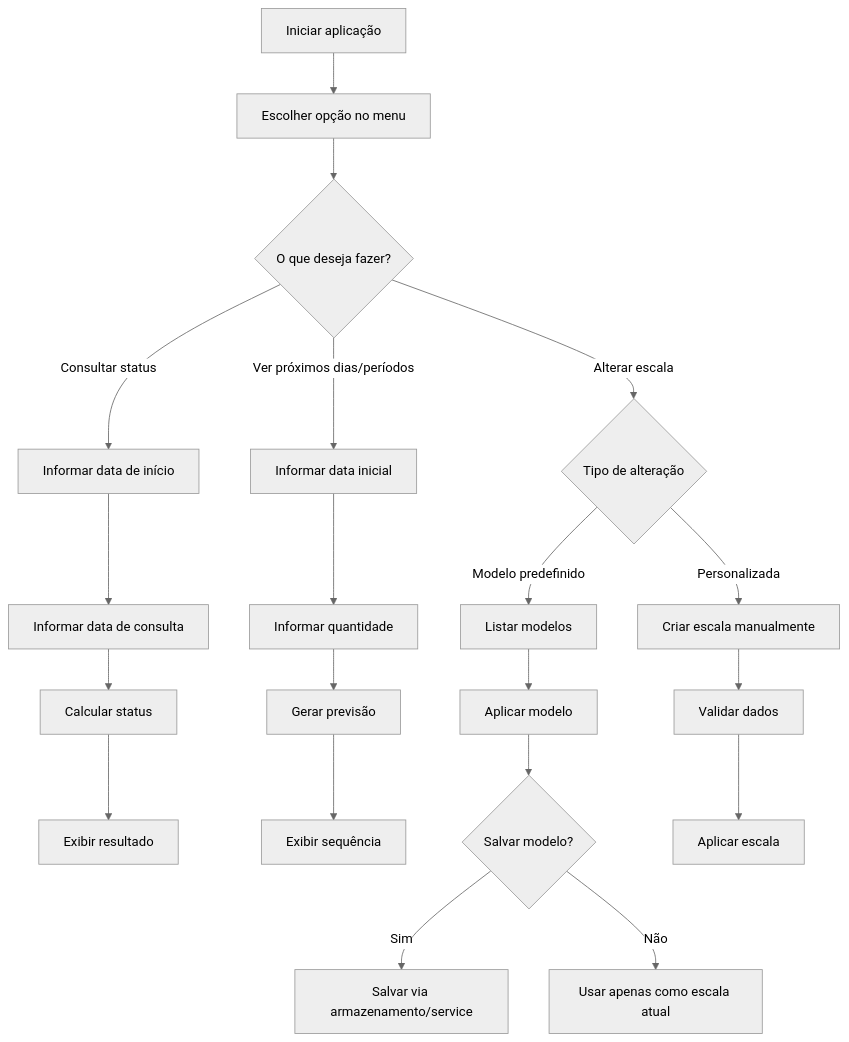
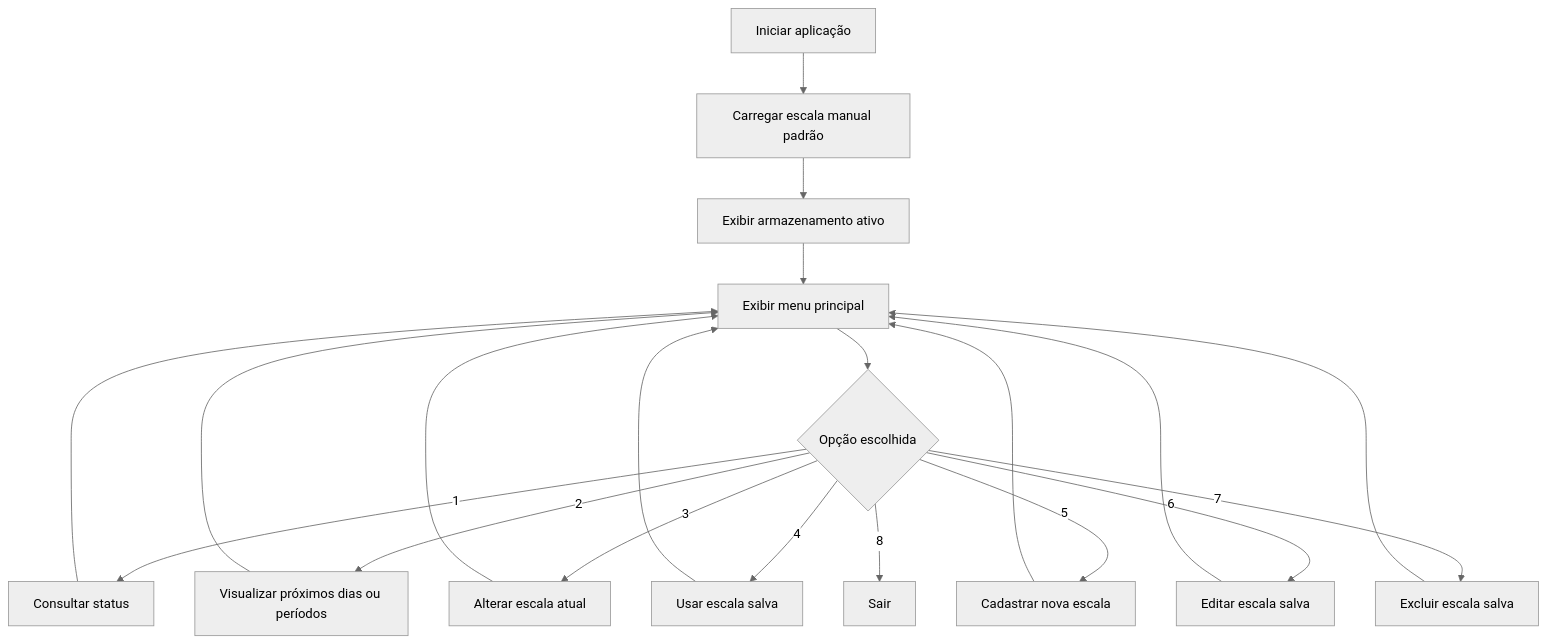
One commit to Dinox75/simulador-escala-trabalho changed the third of 5 diagrams in README.md. Above: the diagram before and after it, drawn with Mermaid (neutral theme). The commit also changed other lines of this file and 1 other file, not shown here.

````diff
--- a/README.md
+++ b/README.md
@@ -872,26 +687,25 @@
 ```mermaid
 flowchart TD
-    A[Iniciar aplicação] --> B[Escolher opção no menu]
-    B --> C{O que deseja fazer?}
+    A[Iniciar aplicação] --> B[Carregar escala manual padrão]
+    B --> C[Exibir armazenamento ativo]
+    C --> D[Exibir menu principal]
 
-    C -->|Consultar status| D[Informar data de início]
-    D --> E[Informar data de consulta]
-    E --> F[Calcular status]
-    F --> G[Exibir resultado]
+    D --> E{Opção escolhida}
 
-    C -->|Ver próximos dias/períodos| H[Informar data inicial]
-    H --> I[Informar quantidade]
-    I --> J[Gerar previsão]
-    J --> K[Exibir sequência]
+    E -->|1| F[Consultar status]
+    E -->|2| G[Visualizar próximos dias ou períodos]
+    E -->|3| H[Alterar escala atual]
+    E -->|4| I[Usar escala salva]
+    E -->|5| J[Cadastrar nova escala]
+    E -->|6| K[Editar escala salva]
+    E -->|7| L[Excluir escala salva]
+    E -->|8| M[Sair]
 
-    C -->|Alterar escala| L{Tipo de alteração}
-    L -->|Modelo predefinido| M[Listar modelos]
-    M --> N[Aplicar modelo]
-    N --> O{Salvar modelo?}
-    O -->|Sim| P[Salvar via armazenamento/service]
-    O -->|Não| Q[Usar apenas como escala atual]
-
-    L -->|Personalizada| R[Criar escala manualmente]
-    R --> S[Validar dados]
-    S --> T[Aplicar escala]
+    F --> D
+    G --> D
+    H --> D
+    I --> D
+    J --> D
+    K --> D
+    L --> D
 ```
````
